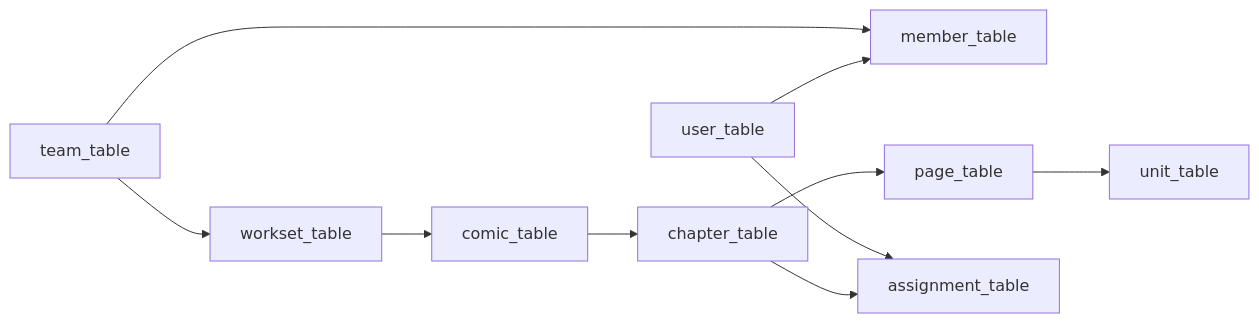
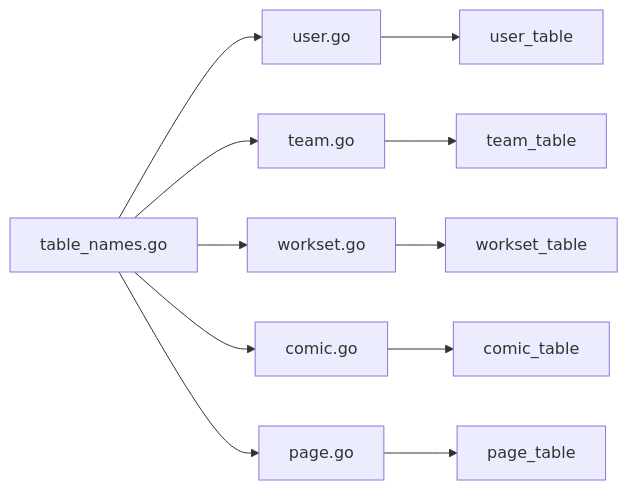
One commit to ATOMLubover/poprako changed the sixth of 6 diagrams in .qoder/repowiki/zh/content/数据库设计/数据库设计.md. Above: the diagram before and after it, drawn with Mermaid. The commit also changed other lines of this file and 132 other files, not shown here.

````diff
--- a/.qoder/repowiki/zh/content/数据库设计/数据库设计.md
+++ b/.qoder/repowiki/zh/content/数据库设计/数据库设计.md
@@ -429,12 +465,13 @@
 ```mermaid
 graph LR
-TEAM["team_table"] --> MEMBER["member_table"]
-TEAM --> WORKSET["workset_table"]
-WORKSET --> COMIC["comic_table"]
-COMIC --> CHAPTER["chapter_table"]
-CHAPTER --> PAGE["page_table"]
-PAGE --> UNIT["unit_table"]
-USER["user_table"] --> MEMBER
-USER --> ASSIGNMENT["assignment_table"]
-CHAPTER --> ASSIGNMENT
+TN["table_names.go"] --> U["user.go"]
+TN --> T["team.go"]
+TN --> W["workset.go"]
+TN --> C["comic.go"]
+TN --> P["page.go"]
+U --> UT["user_table"]
+T --> TT["team_table"]
+W --> WT["workset_table"]
+C --> CT["comic_table"]
+P --> PT["page_table"]
 ```
````
